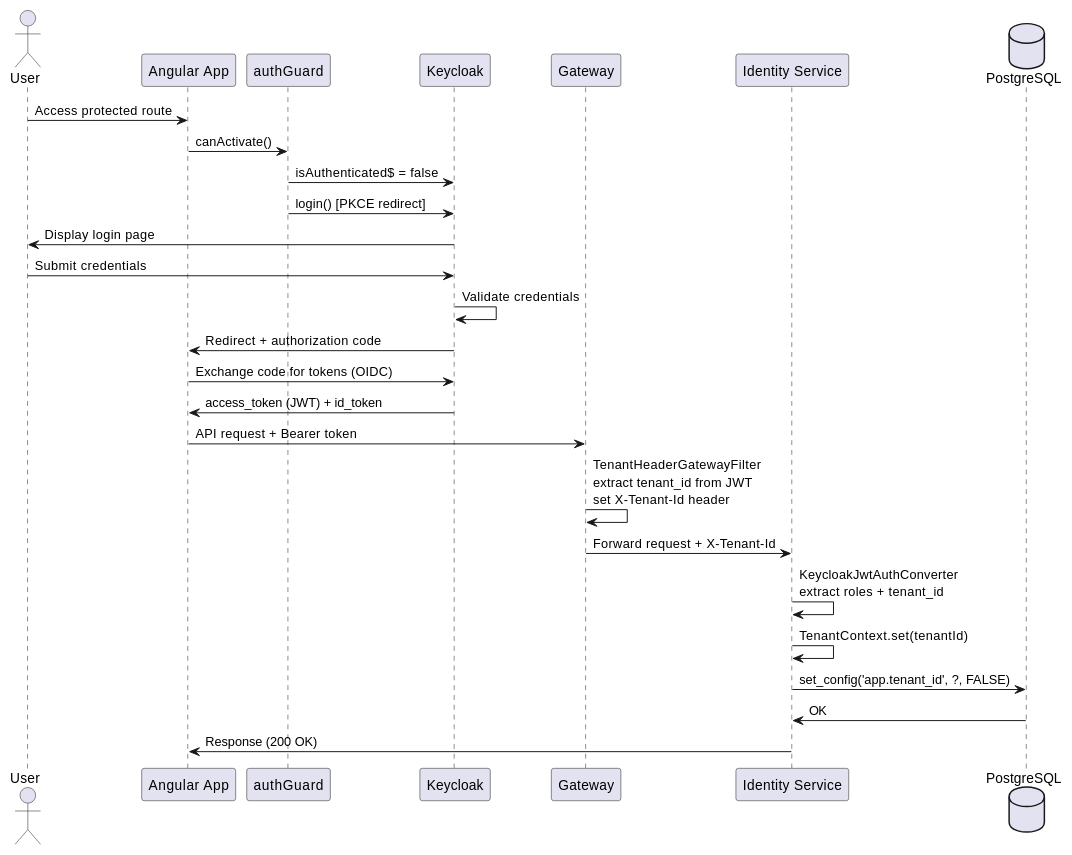
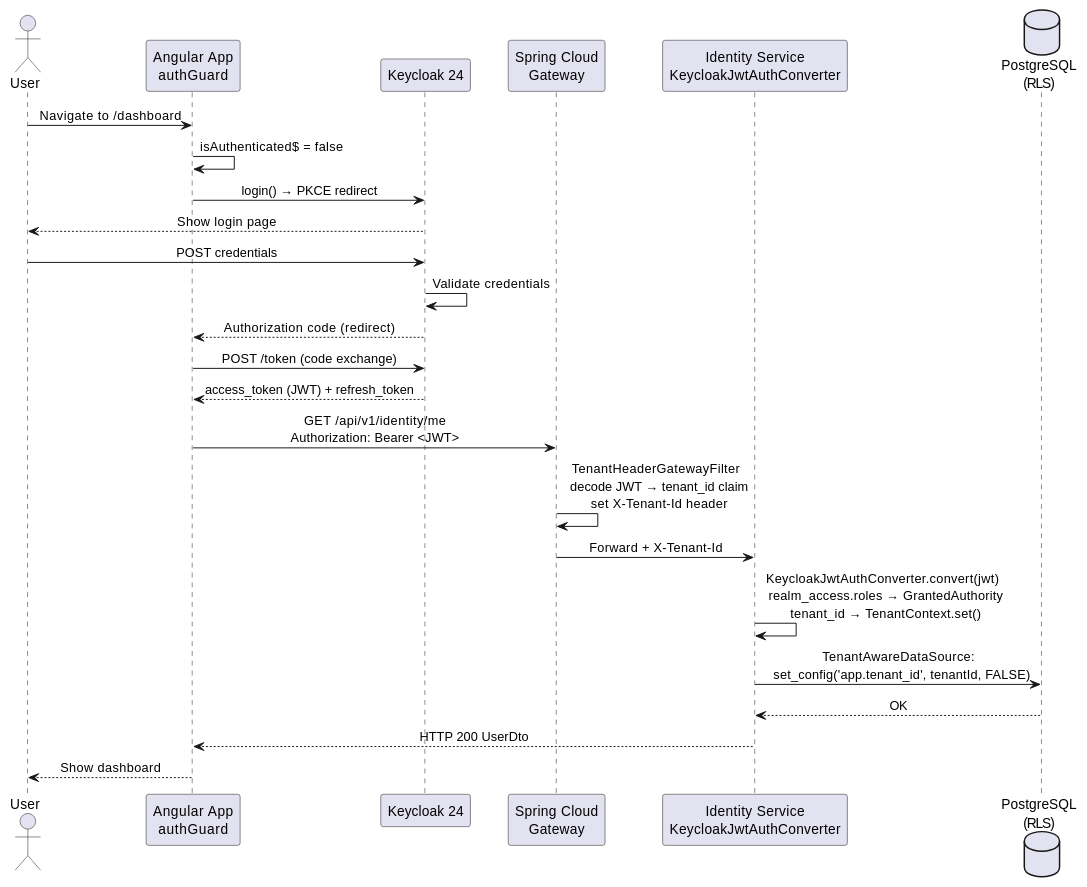
One commit to MohamedTrikii/PFA_CRM_ERP_Platform changed the first of 19 diagrams in docs/PFA_REPORT.md. Above: the diagram before and after it, drawn with PlantUML. The commit also changed other lines of this file and 150 other files, not shown here.

Commit message:
feat: public website, references admin, AI assistant & RAG improvements; fix CI, achat security config, Angular budgets; reorganize docs; bilingual README

````diff
--- a/docs/PFA_REPORT.md
+++ b/docs/PFA_REPORT.md
@@ -407,30 +212,31 @@
 ```plantuml
-@startuml SD_Authenticate
+@startuml SD_Auth
+skinparam sequenceMessageAlign center
+
 actor User
-participant "Angular App" as App
-participant "authGuard" as Guard
-participant "Keycloak" as KC
-participant "Gateway" as GW
-participant "Identity Service" as IS
-database "PostgreSQL" as DB
+participant "Angular App\nauthGuard" as APP
+participant "Keycloak 24" as KC
+participant "Spring Cloud\nGateway" as GW
+participant "Identity Service\nKeycloakJwtAuthConverter" as IS
+database "PostgreSQL\n(RLS)" as DB
 
-User -> App : Access protected route
-App -> Guard : canActivate()
-Guard -> KC : isAuthenticated$ = false
-Guard -> KC : login() [PKCE redirect]
-KC -> User : Display login page
-User -> KC : Submit credentials
+User -> APP : Navigate to /dashboard
+APP -> APP : isAuthenticated$ = false
+APP -> KC : login() → PKCE redirect
+KC --> User : Show login page
+User -> KC : POST credentials
 KC -> KC : Validate credentials
-KC -> App : Redirect + authorization code
-App -> KC : Exchange code for tokens (OIDC)
-KC -> App : access_token (JWT) + id_token
-App -> GW : API request + Bearer token
-GW -> GW : TenantHeaderGatewayFilter\nextract tenant_id from JWT\nset X-Tenant-Id header
-GW -> IS : Forward request + X-Tenant-Id
-IS -> IS : KeycloakJwtAuthConverter\nextract roles + tenant_id
-IS -> IS : TenantContext.set(tenantId)
-IS -> DB : set_config('app.tenant_id', ?, FALSE)
-DB -> IS : OK
-IS -> App : Response (200 OK)
+KC --> APP : Authorization code (redirect)
+APP -> KC : POST /token (code exchange)
+KC --> APP : access_token (JWT) + refresh_token
+APP -> GW : GET /api/v1/identity/me\nAuthorization: Bearer <JWT>
+GW -> GW : TenantHeaderGatewayFilter\n  decode JWT → tenant_id claim\n  set X-Tenant-Id header
+GW -> IS : Forward + X-Tenant-Id
+IS -> IS : KeycloakJwtAuthConverter.convert(jwt)\n  realm_access.roles → GrantedAuthority\n  tenant_id → TenantContext.set()
+IS -> DB : TenantAwareDataSource:\n  set_config('app.tenant_id', tenantId, FALSE)
+DB --> IS : OK
+IS --> APP : HTTP 200 UserDto
+APP --> User : Show dashboard
+
 @enduml
 ```
````
